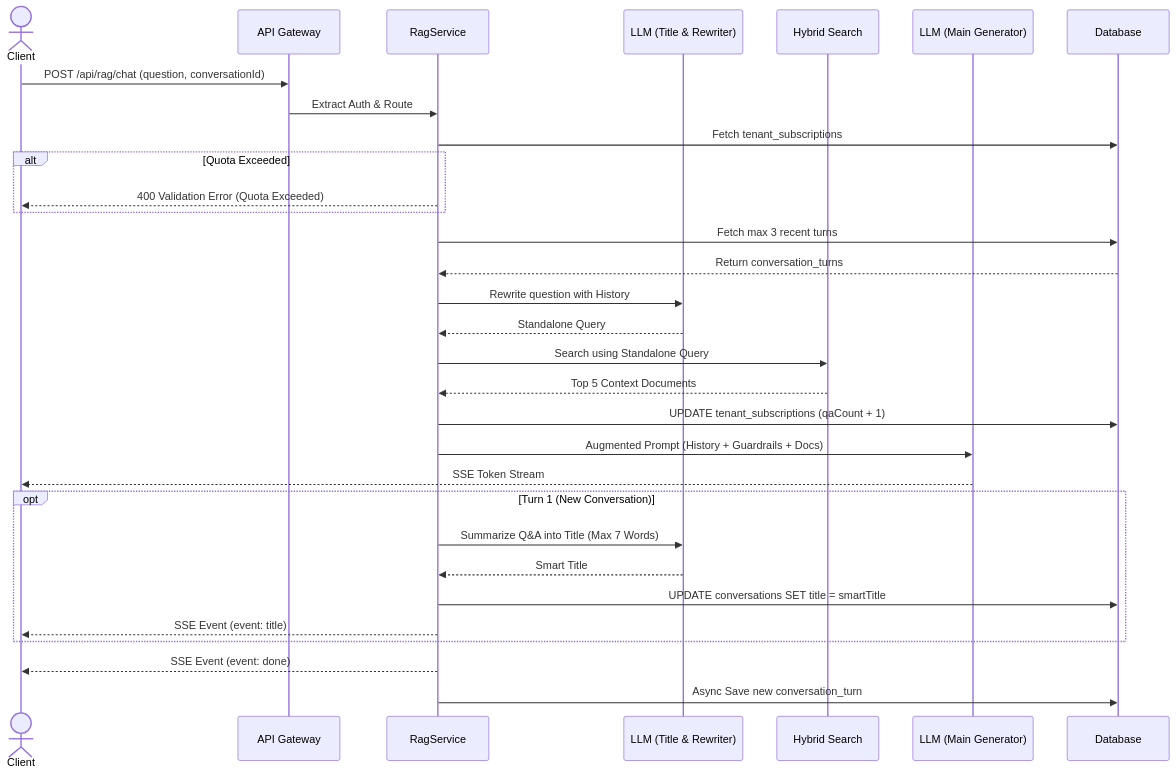
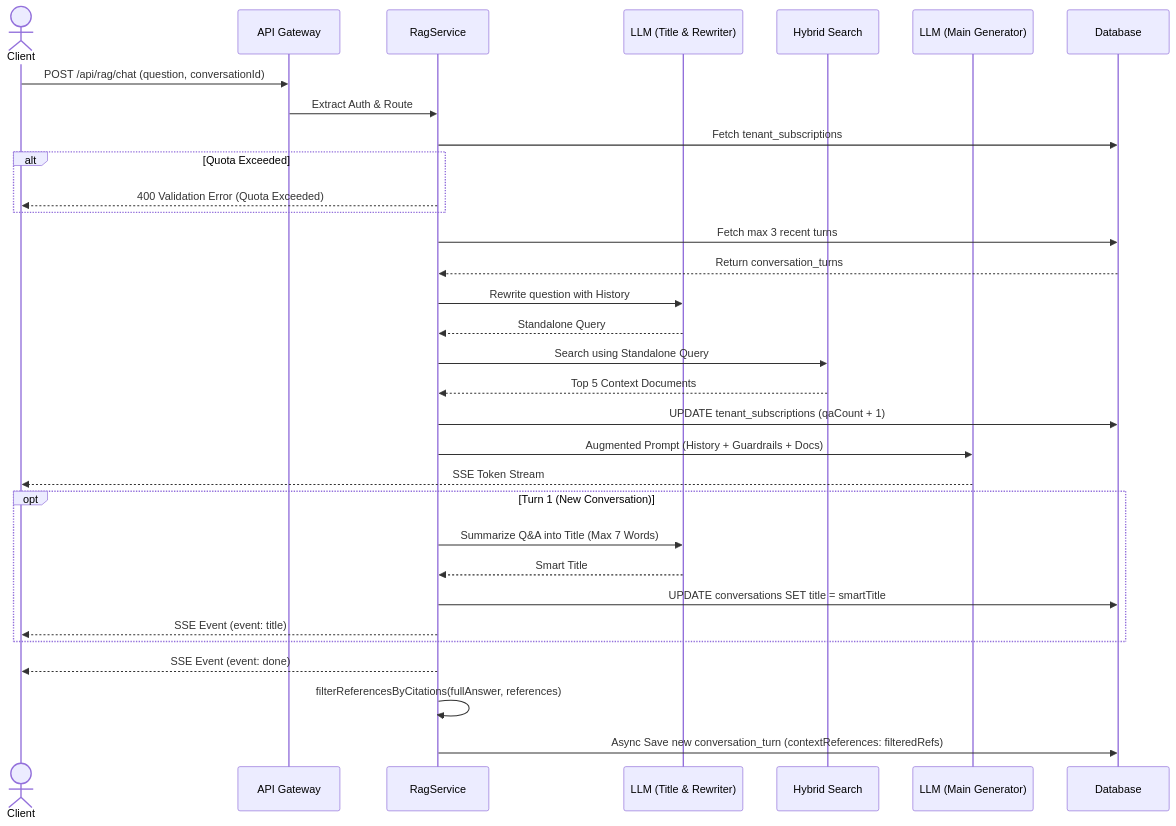
The diagram in docs/features/rag-conversation.md (kanzhamada/Dokyudo), drawn with Mermaid before and after one commit. The commit also changed other lines of this file and 3 other files, not shown here.

First line of the commit message:
Filter context references to only cited pages in RAG responses

````diff
--- a/docs/features/rag-conversation.md
+++ b/docs/features/rag-conversation.md
@@ -23,35 +31,36 @@
 ```mermaid
 sequenceDiagram
     actor Client
     participant API Gateway
     participant RagService
     participant LLM (Title & Rewriter)
     participant Hybrid Search
     participant LLM (Main Generator)
     participant Database
 
     %% Memory & Query Rewriting Flow
     Client->>API Gateway: POST /api/rag/chat (question, conversationId)
     API Gateway->>RagService: Extract Auth & Route
     RagService->>Database: Fetch tenant_subscriptions
     alt Quota Exceeded
         RagService-->>Client: 400 Validation Error (Quota Exceeded)
     end
     RagService->>Database: Fetch max 3 recent turns
     Database-->>RagService: Return conversation_turns
     RagService->>LLM (Title & Rewriter): Rewrite question with History
     LLM (Title & Rewriter)-->>RagService: Standalone Query
     RagService->>Hybrid Search: Search using Standalone Query
     Hybrid Search-->>RagService: Top 5 Context Documents
     RagService->>Database: UPDATE tenant_subscriptions (qaCount + 1)
     RagService->>LLM (Main Generator): Augmented Prompt (History + Guardrails + Docs)
     LLM (Main Generator)-->>Client: SSE Token Stream
     opt Turn 1 (New Conversation)
         RagService->>LLM (Title & Rewriter): Summarize Q&A into Title (Max 7 Words)
         LLM (Title & Rewriter)-->>RagService: Smart Title
         RagService->>Database: UPDATE conversations SET title = smartTitle
         RagService-->>Client: SSE Event (event: title)
     end
     RagService-->>Client: SSE Event (event: done)
-    RagService->>Database: Async Save new conversation_turn
+    RagService->>RagService: filterReferencesByCitations(fullAnswer, references)
+    RagService->>Database: Async Save new conversation_turn (contextReferences: filteredRefs)
 ```
````
